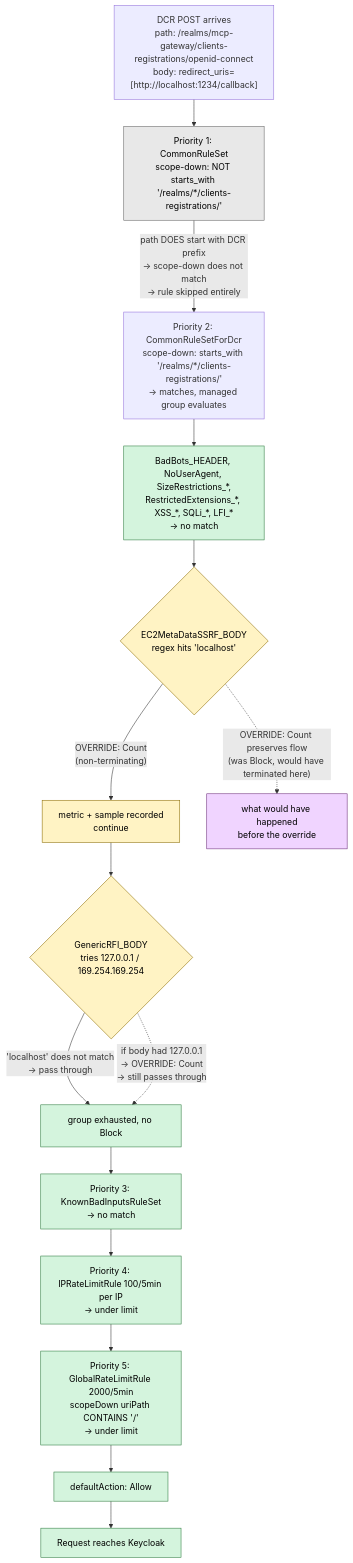
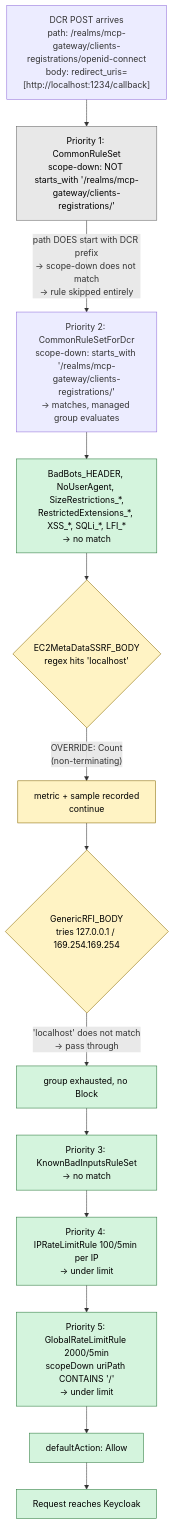
The second of 3 diagrams in infra/docs/WAF-AND-MCP-FLOW.md (TheTechOddBug/mcp-gateway-registry), drawn with Mermaid before and after one commit. The commit also changed other lines of this file and 1 other file, not shown here.

First paragraph of the commit message:
refactor(terraform): mirror CDK WAF path-scope refactor + doc polish
Bring terraform/aws-ecs/waf.tf to functional parity with the CDK stack:

````diff
--- a/infra/docs/WAF-AND-MCP-FLOW.md
+++ b/infra/docs/WAF-AND-MCP-FLOW.md
@@ -404,33 +404,28 @@
 ```mermaid
 flowchart TD
     A["DCR POST arrives<br/>path: /realms/mcp-gateway/clients-registrations/openid-connect<br/>body: redirect_uris=[http://localhost:1234/callback]"] --> P1
 
-    P1["Priority 1: CommonRuleSet<br/>scope-down: NOT starts_with '/realms/*/clients-registrations/'"]
+    P1["Priority 1: CommonRuleSet<br/>scope-down: NOT starts_with '/realms/mcp-gateway/clients-registrations/'"]
     P1 -->|"path DOES start with DCR prefix<br/>→ scope-down does not match<br/>→ rule skipped entirely"| P2
 
-    P2["Priority 2: CommonRuleSetForDcr<br/>scope-down: starts_with '/realms/*/clients-registrations/'<br/>→ matches, managed group evaluates"]
+    P2["Priority 2: CommonRuleSetForDcr<br/>scope-down: starts_with '/realms/mcp-gateway/clients-registrations/'<br/>→ matches, managed group evaluates"]
 
     P2 --> S1["BadBots_HEADER, NoUserAgent, SizeRestrictions_*,<br/>RestrictedExtensions_*, XSS_*, SQLi_*, LFI_*<br/>→ no match"]
     S1 --> S2{"EC2MetaDataSSRF_BODY<br/>regex hits 'localhost'"}
     S2 -->|"OVERRIDE: Count<br/>(non-terminating)"| S3["metric + sample recorded<br/>continue"]
     S3 --> S4{"GenericRFI_BODY<br/>tries 127.0.0.1 / 169.254.169.254"}
     S4 -->|"'localhost' does not match<br/>→ pass through"| S5["group exhausted, no Block"]
 
     S5 --> P3["Priority 3: KnownBadInputsRuleSet<br/>→ no match"]
     P3 --> P4["Priority 4: IPRateLimitRule 100/5min per IP<br/>→ under limit"]
     P4 --> P5["Priority 5: GlobalRateLimitRule 2000/5min<br/>scopeDown uriPath CONTAINS '/'<br/>→ under limit"]
     P5 --> DA["defaultAction: Allow"]
     DA --> KC["Request reaches Keycloak"]
 
-    S2 -.->|"OVERRIDE: Count preserves flow<br/>(was Block, would have terminated here)"| BLK1["what would have happened<br/>before the override"]
-    S4 -.->|"if body had 127.0.0.1<br/>→ OVERRIDE: Count<br/>→ still passes through"| S5
-
     classDef pass fill:#d4f4dd,stroke:#2d7a3e,color:#000
     classDef count fill:#fff3c4,stroke:#8a6b00,color:#000
     classDef skip fill:#e8e8e8,stroke:#666,color:#000
-    classDef hypothetical fill:#f0d4ff,stroke:#6b2d7a,color:#000
     class KC,DA,S1,S5,P3,P4,P5 pass
     class S2,S3,S4 count
     class P1 skip
-    class BLK1 hypothetical
 ```
````
